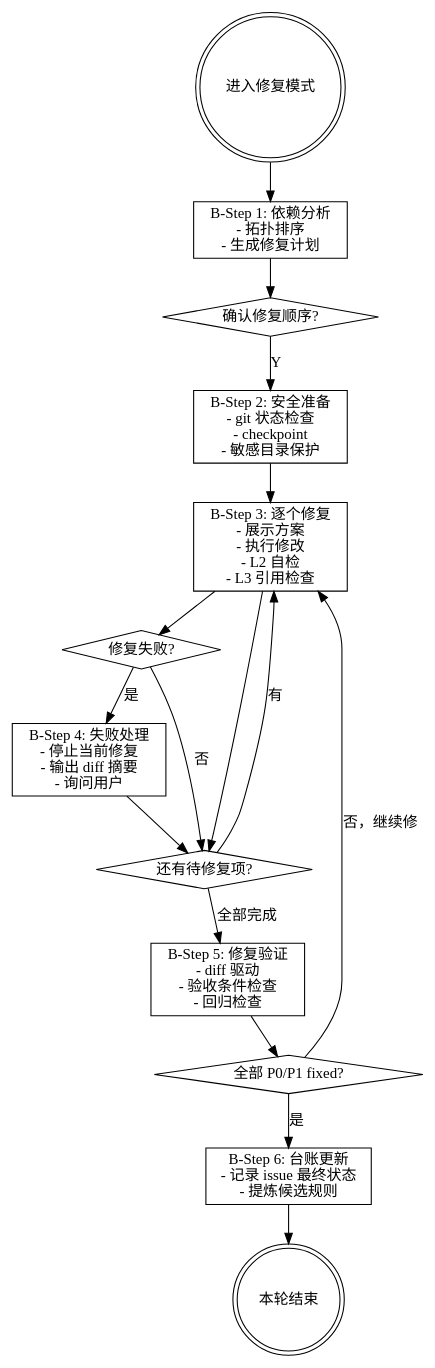
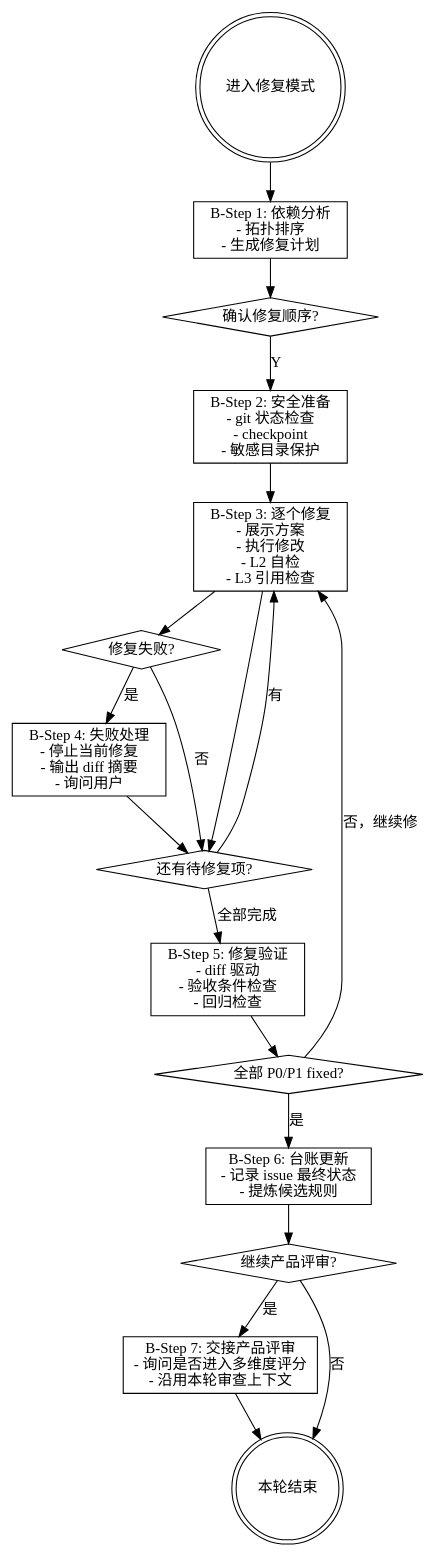
Before and after one commit to lbyxunxunnini/agent-pm: the diagram in references/mode-b.md, drawn with Graphviz. The commit also changed other lines of this file and 6 other files, not shown here.

````diff
--- a/references/mode-b.md
+++ b/references/mode-b.md
@@ -26,35 +26,40 @@
 ```dot
 digraph mode_b {
     rankdir=TB;
     node [shape=box];
 
     start [label="进入修复模式" shape=doublecircle];
     dep [label="B-Step 1: 依赖分析\n- 拓扑排序\n- 生成修复计划"];
     confirm_plan [label="确认修复顺序?" shape=diamond];
     safety [label="B-Step 2: 安全准备\n- git 状态检查\n- checkpoint\n- 敏感目录保护"];
     fix [label="B-Step 3: 逐个修复\n- 展示方案\n- 执行修改\n- L2 自检\n- L3 引用检查"];
     fail [shape=diamond label="修复失败?"];
     fail_handle [label="B-Step 4: 失败处理\n- 停止当前修复\n- 输出 diff 摘要\n- 询问用户"];
     more [shape=diamond label="还有待修复项?"];
     verify [label="B-Step 5: 修复验证\n- diff 驱动\n- 验收条件检查\n- 回归检查"];
     all_fixed [shape=diamond label="全部 P0/P1 fixed?"];
     ledger [label="B-Step 6: 台账更新\n- 记录 issue 最终状态\n- 提炼候选规则"];
+    product [shape=diamond label="继续产品评审?"];
+    handoff [label="B-Step 7: 交接产品评审\n- 询问是否进入多维度评分\n- 沿用本轮审查上下文"];
     end [shape=doublecircle label="本轮结束"];
 
     start -> dep;
     dep -> confirm_plan;
     confirm_plan -> safety [label="Y"];
     safety -> fix;
     fix -> fail;
     fail -> fail_handle [label="是"];
     fail -> more [label="否"];
     fail_handle -> more;
     fix -> more;
     more -> fix [label="有"];
     more -> verify [label="全部完成"];
     verify -> all_fixed;
     all_fixed -> ledger [label="是"];
     all_fixed -> fix [label="否，继续修"];
-    ledger -> end;
+    ledger -> product;
+    product -> handoff [label="是"];
+    product -> end [label="否"];
+    handoff -> end;
 }
 ```
````
